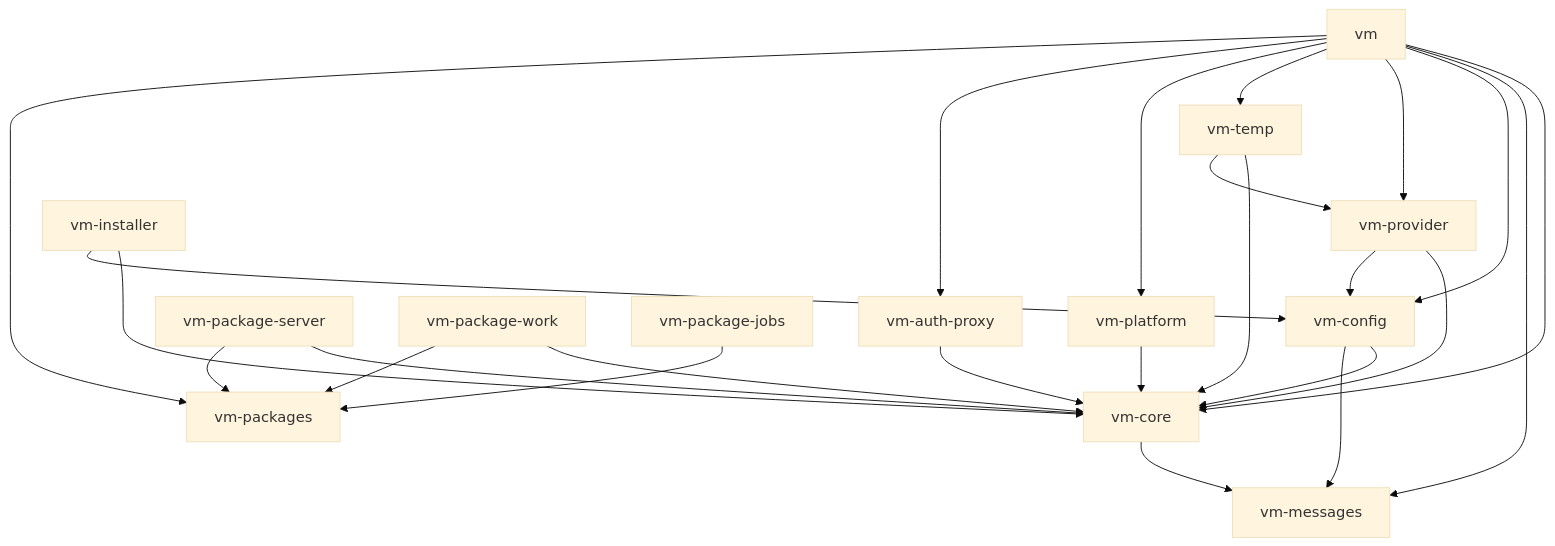
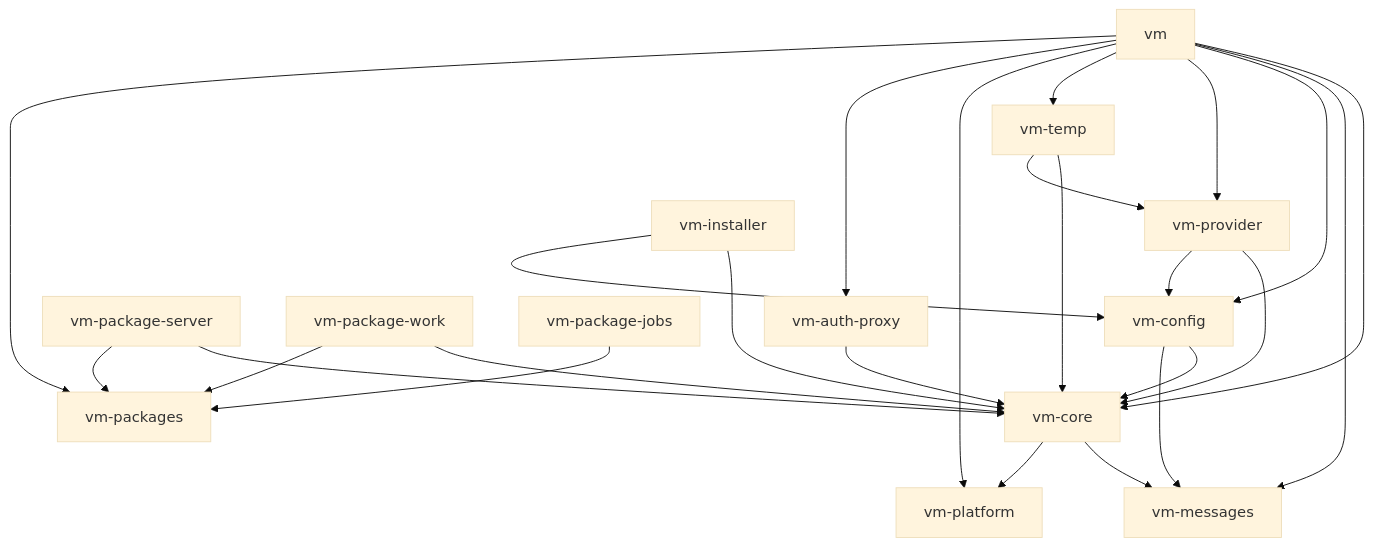
The diagram in rust/ARCHITECTURE.md (goobits/vm), drawn with Mermaid (base theme) before and after one commit. The commit also changed other lines of this file and 8 other files, not shown here.

````diff
--- a/rust/ARCHITECTURE.md
+++ b/rust/ARCHITECTURE.md
@@ -262,41 +254,41 @@
 ```mermaid
 graph TD
     %% Foundation layer
     A[vm-core] --> B[vm-messages]
+    A --> F[vm-platform]
 
     %% Configuration layer
     C[vm-config] --> A
     C --> B
 
     %% Provider layer
     D[vm-provider] --> A
     D --> C
     E[vm-temp] --> A
     E --> D
 
-    %% Utility layer
-    F[vm-platform] --> A
+    %% Domain layer
     Q[vm-packages]
 
     %% Service layer
     H[vm-package-server] --> A
     H --> Q
     W[vm-package-work] --> A
     W --> Q
     J[vm-package-jobs] --> Q
     I[vm-auth-proxy] --> A
 
     %% Application layer
     L[vm] --> A
     L --> B
     L --> C
     L --> D
     L --> E
     L --> F
     L --> I
     L --> Q
 
     %% Installer
     M[vm-installer] --> A
     M --> C
 ```
````
